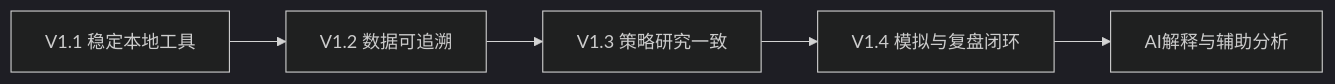
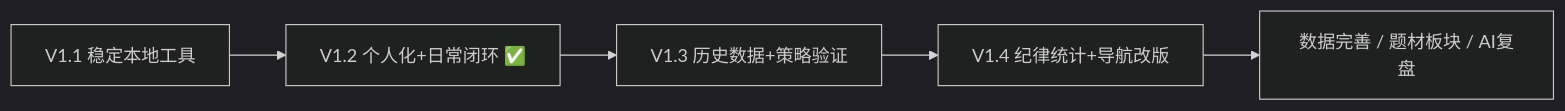
One commit to stevenrenOvO/personal-ai-trading-copilot changed the diagram in docs/项目路线图.md. Above: the diagram before and after it, drawn with Mermaid (dark theme). The commit also changed other lines of this file and 30 other files, not shown here.

````diff
--- a/docs/项目路线图.md
+++ b/docs/项目路线图.md
@@ -5,7 +7,7 @@
 ```mermaid
 flowchart LR
-    A[V1.1 稳定本地工具] --> B[V1.2 数据可追溯]
-    B --> C[V1.3 策略研究一致]
-    C --> D[V1.4 模拟与复盘闭环]
-    D --> E[AI解释与辅助分析]
+    A[V1.1 稳定本地工具] --> B[V1.2 个人化+日常闭环 ✅]
+    B --> C[V1.3 历史数据+策略验证]
+    C --> D[V1.4 纪律统计+导航改版]
+    D --> E[数据完善 / 题材板块 / AI复盘]
 ```
````
